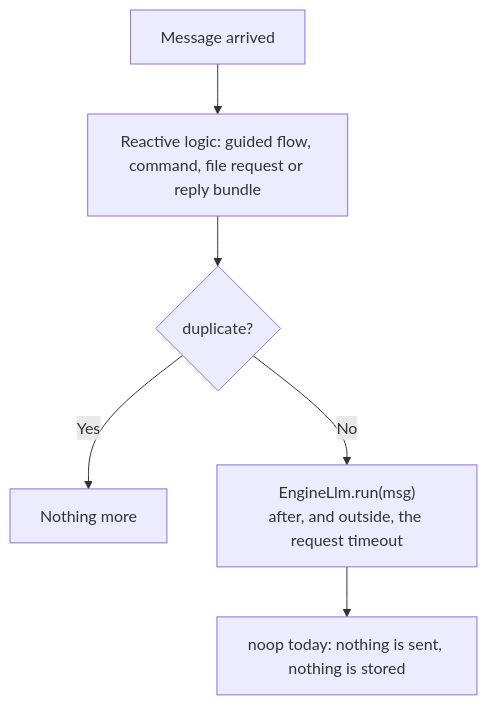
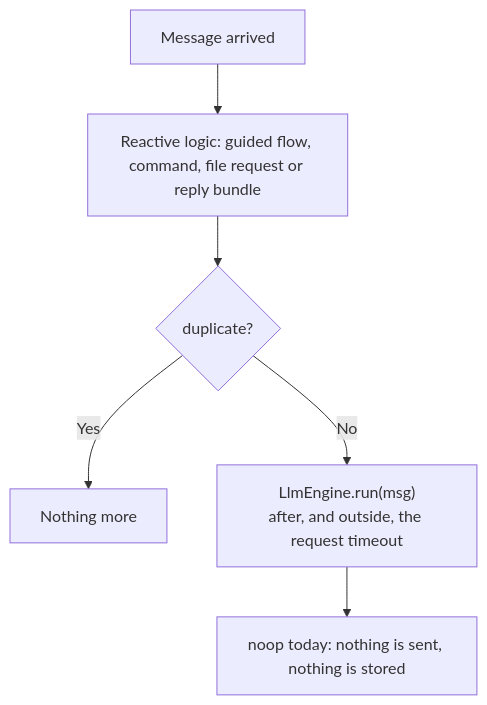
Before and after one commit to benkio/sBots: the third of 7 diagrams in docs/bot-logic-overview.md, drawn with Mermaid. The commit also changed other lines of this file and 33 other files, not shown here.

````diff
--- a/docs/bot-logic-overview.md
+++ b/docs/bot-logic-overview.md
@@ -149,8 +149,8 @@
 ```mermaid
 flowchart TD
   A["Message arrived"] --> B["Reactive logic: guided flow, command, file request or reply bundle"]
   B --> C{"duplicate?"}
   C -->|Yes| Z["Nothing more"]
-  C -->|No| D["EngineLlm.run(msg)<br/>after, and outside, the request timeout"]
+  C -->|No| D["LlmEngine.run(msg)<br/>after, and outside, the request timeout"]
   D --> E["noop today: nothing is sent, nothing is stored"]
 ```
````
